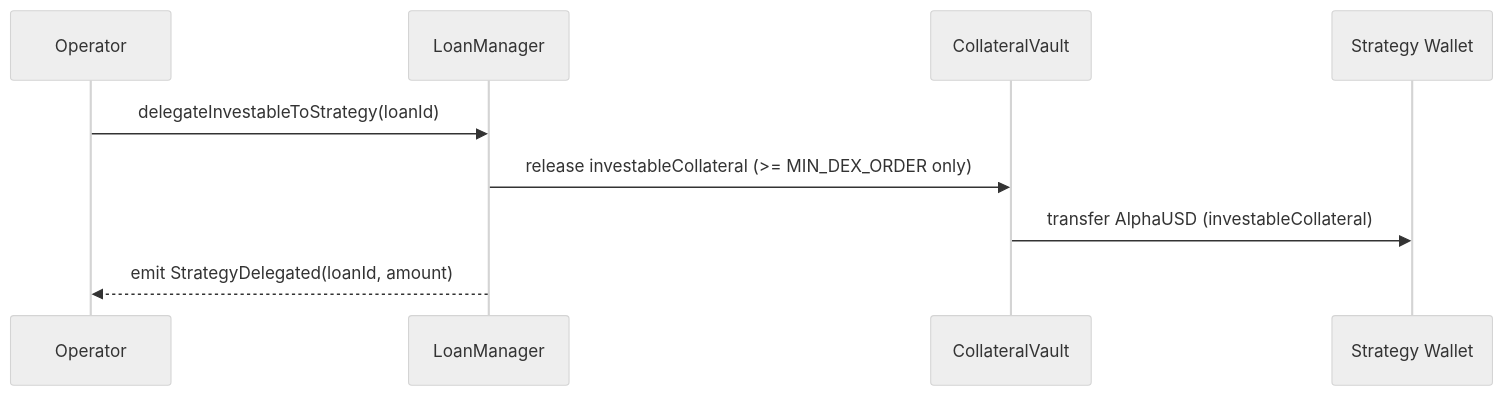
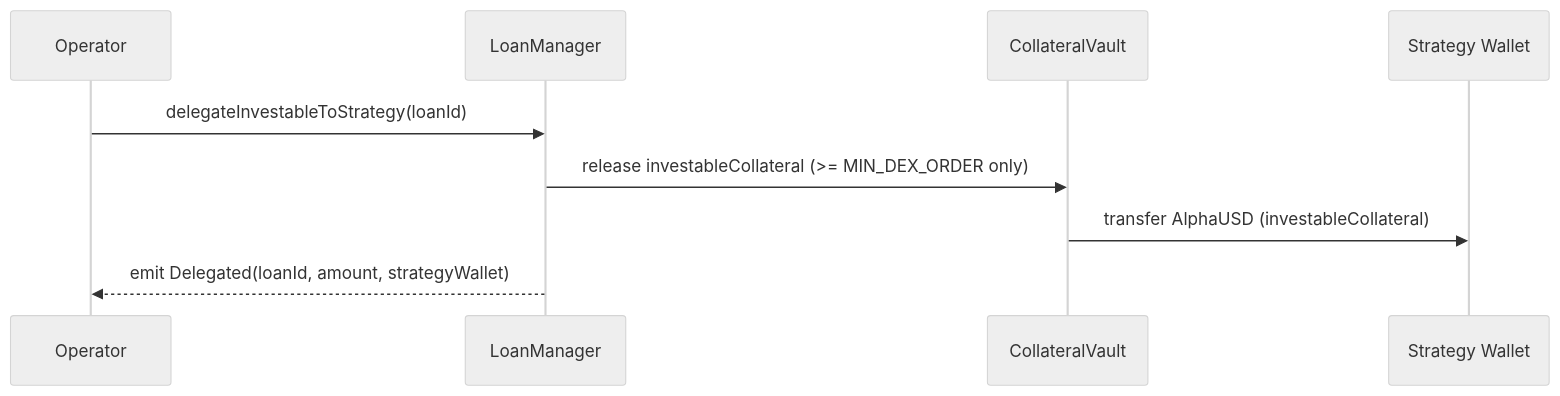
One commit to yukikm/bnpl-yield-discount changed the fifth of 10 diagrams in docs/functional-design.md. Above: the diagram before and after it, drawn with Mermaid (neutral theme). The commit also changed other lines of this file and 149 other files, not shown here.

First line of the commit message:
feat: initialize pnpm workspace and add Prisma schema with migrations

````diff
--- a/docs/functional-design.md
+++ b/docs/functional-design.md
@@ -402,12 +397,12 @@
 ```mermaid
 sequenceDiagram
   participant Op as Operator
   participant Loan as LoanManager
   participant CV as CollateralVault
   participant Strat as Strategy Wallet
 
-  Op->>Loan: delegateInvestableToStrategy(loanId)
-  Loan->>CV: release investableCollateral (>= MIN_DEX_ORDER only)
-  CV->>Strat: transfer AlphaUSD (investableCollateral)
-  Loan-->>Op: emit StrategyDelegated(loanId, amount)
+	  Op->>Loan: delegateInvestableToStrategy(loanId)
+	  Loan->>CV: release investableCollateral (>= MIN_DEX_ORDER only)
+	  CV->>Strat: transfer AlphaUSD (investableCollateral)
+	  Loan-->>Op: emit Delegated(loanId, amount, strategyWallet)
 ```
````
